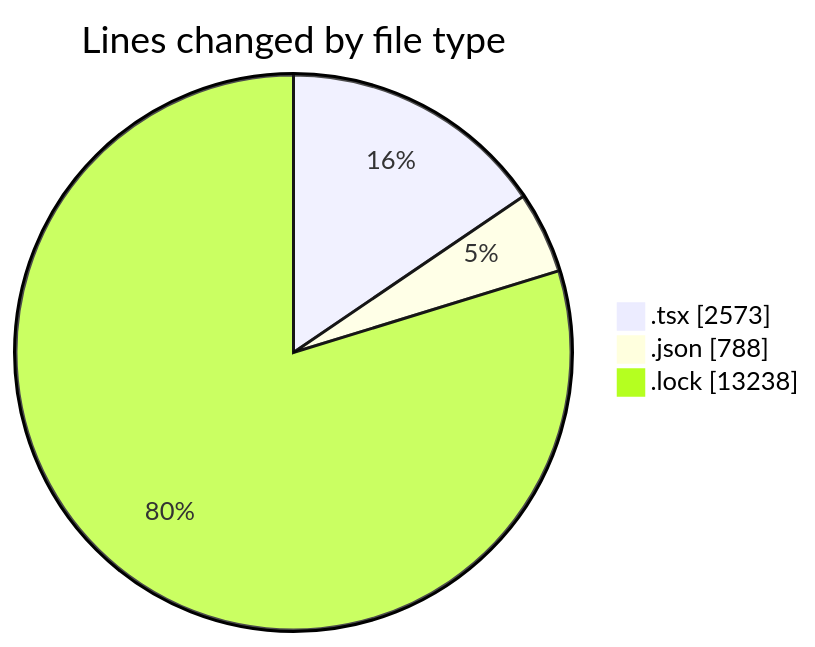
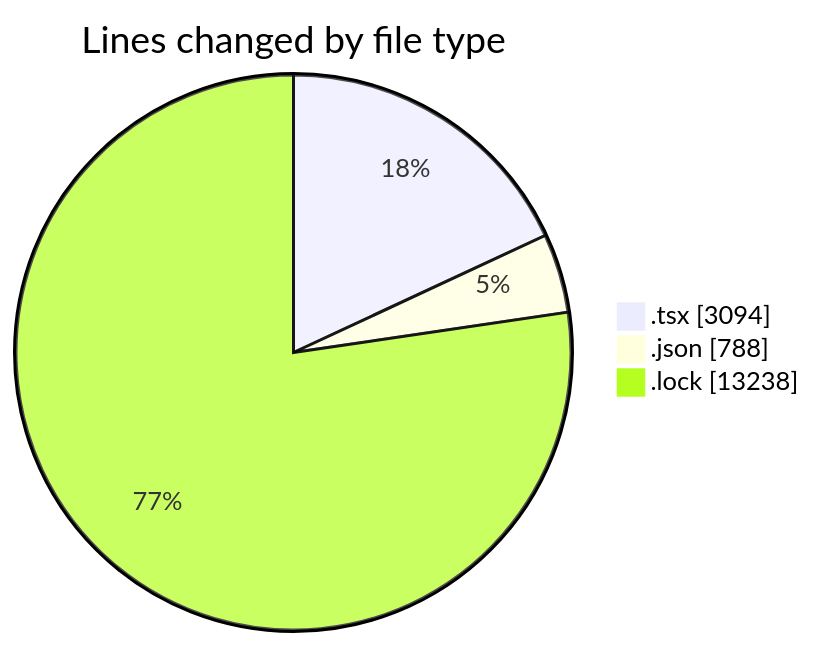
One commit to momahboobian/code-tracking changed the first of 2 diagrams in 2026-01-09/cda/README.md. Above: the diagram before and after it, drawn with Mermaid. The commit also changed other lines of this file and 1 other file, not shown here.

````diff
--- a/2026-01-09/cda/README.md
+++ b/2026-01-09/cda/README.md
@@ -26,7 +26,7 @@
 ```mermaid
 pie showData
 title Lines changed by file type
-".tsx" : 2573
+".tsx" : 3094
 ".json" : 788
 ".lock" : 13238
 ```
````
